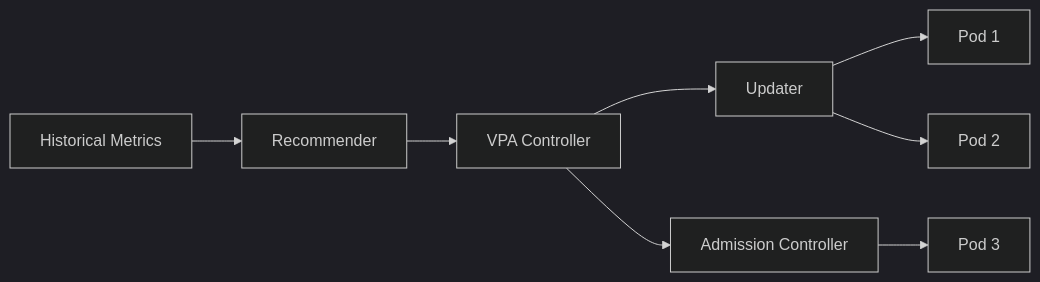
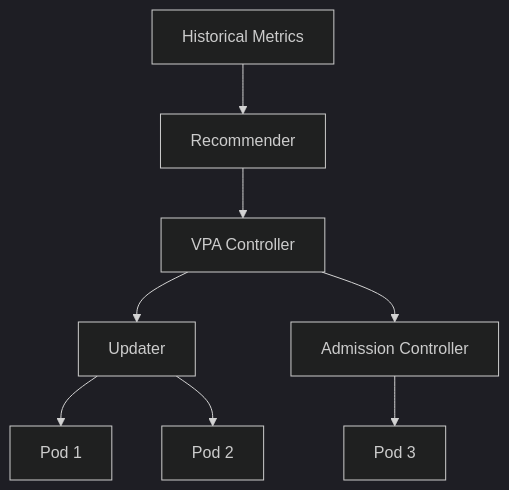
Diagram 29 of 33 in README.md (jayeshjd555/Kubernetes), drawn with Mermaid (dark theme) before and after one commit. The commit also changed other lines of this file, not shown here.

````diff
--- a/README.md
+++ b/README.md
@@ -11025,10 +11025,10 @@
 ```mermaid
-graph LR
-    A[Historical Metrics] --> B[Recommender]
-    B --> C[VPA Controller]
-    C --> D[Updater]
-    C --> E[Admission Controller]
-    D --> F[Pod 1]
-    D --> G[Pod 2]
-    E --> H[Pod 3]
+graph TB
+    HIST[Historical Metrics] --> REC[Recommender]
+    REC --> VPA[VPA Controller]
+    VPA --> UPD[Updater]
+    VPA --> AC[Admission Controller]
+    UPD --> POD1[Pod 1]
+    UPD --> POD2[Pod 2]
+    AC --> POD3[Pod 3]
 ```
````
